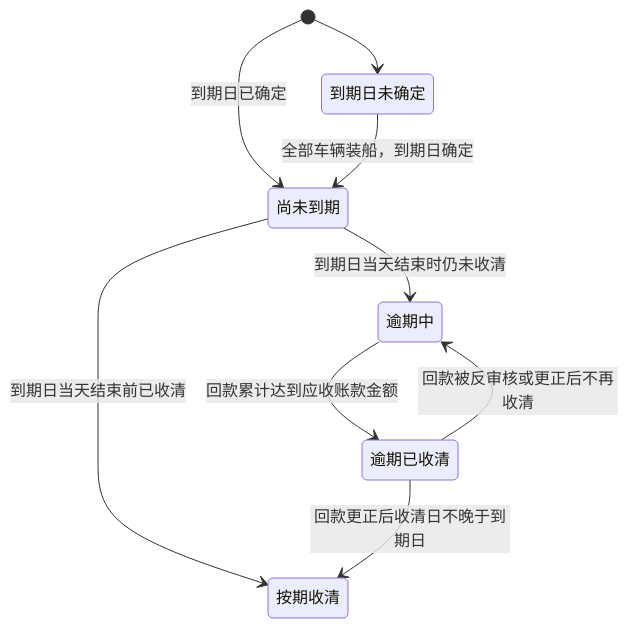
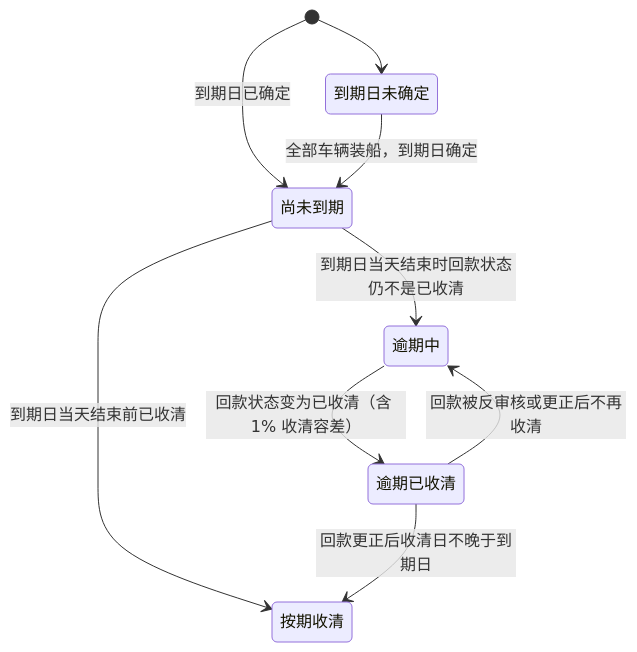
Before and after one commit to wxblockchain/Chain-Financing: the third of 3 diagrams in asset-trust-platform/PRD/运营端/M17-运营端首页/02-运营端首页-流程图与状态机.md, drawn with Mermaid. The commit also changed other lines of this file and 3 other files, not shown here.

````diff
--- a/asset-trust-platform/PRD/运营端/M17-运营端首页/02-运营端首页-流程图与状态机.md
+++ b/asset-trust-platform/PRD/运营端/M17-运营端首页/02-运营端首页-流程图与状态机.md
@@ -65,11 +66,11 @@
 ```mermaid
 stateDiagram-v2
     [*] --> 到期日未确定
     [*] --> 尚未到期: 到期日已确定
     到期日未确定 --> 尚未到期: 全部车辆装船，到期日确定
     尚未到期 --> 按期收清: 到期日当天结束前已收清
-    尚未到期 --> 逾期中: 到期日当天结束时仍未收清
-    逾期中 --> 逾期已收清: 回款累计达到应收账款金额
+    尚未到期 --> 逾期中: 到期日当天结束时回款状态仍不是已收清
+    逾期中 --> 逾期已收清: 回款状态变为已收清（含 1% 收清容差）
     逾期已收清 --> 逾期中: 回款被反审核或更正后不再收清
     逾期已收清 --> 按期收清: 回款更正后收清日不晚于到期日
 ```
````
